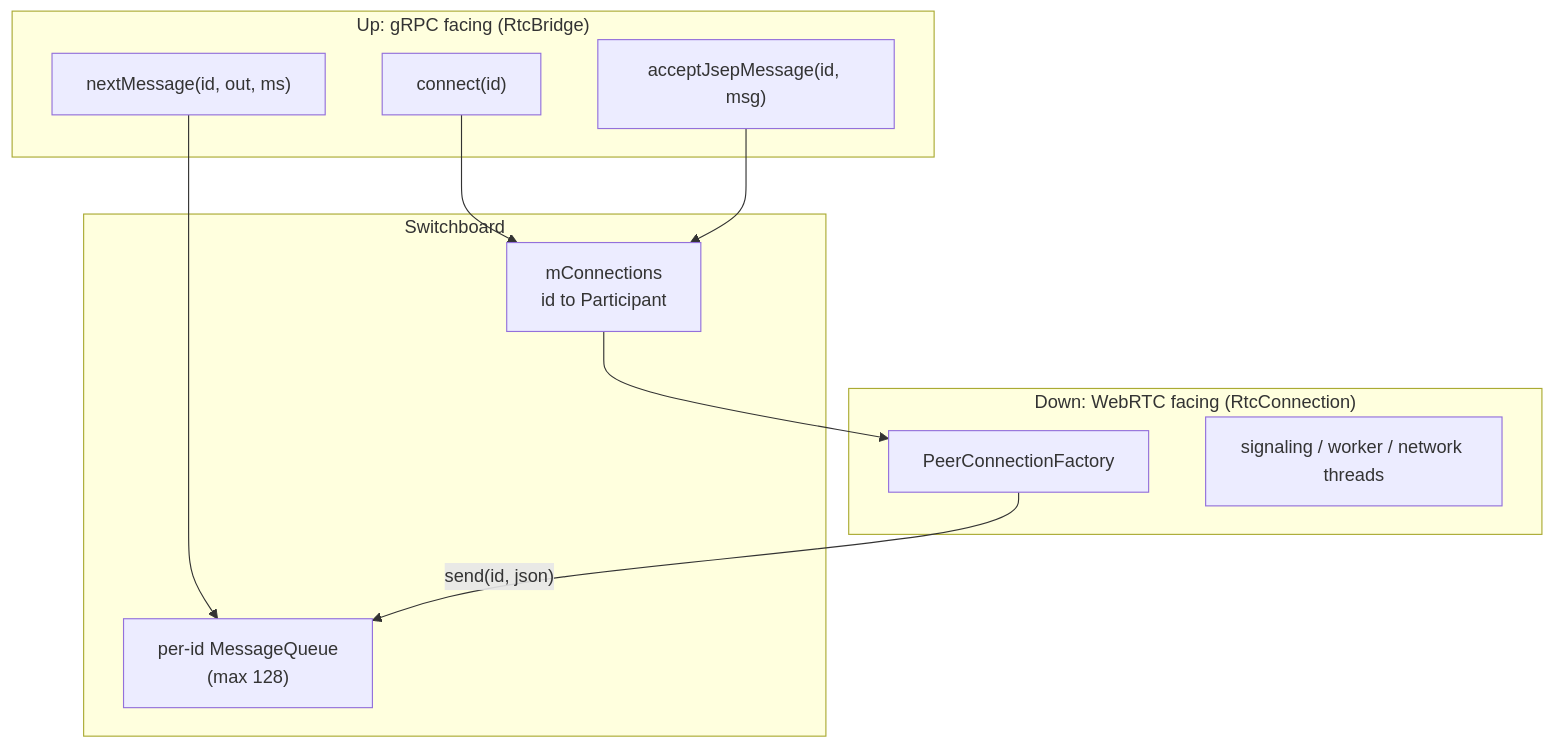
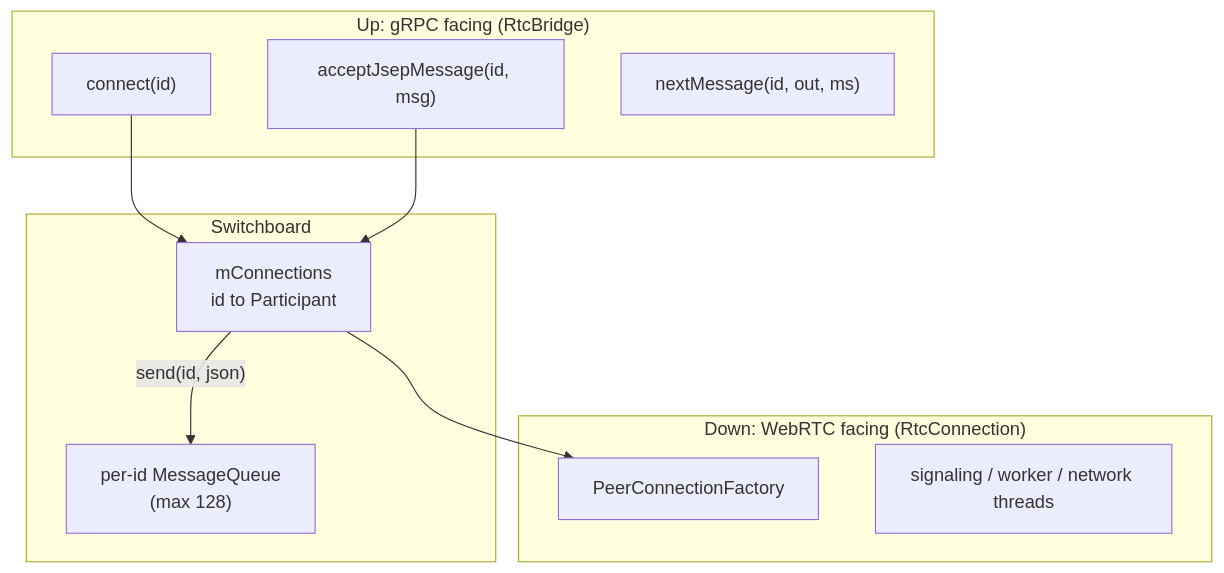
The third of 7 diagrams in 23-webrtc-streaming.md (aospbooks/android-emulator-internal-book), drawn with Mermaid before and after one commit. The commit also changed other lines of this file and 31 other files, not shown here.

````diff
--- a/23-webrtc-streaming.md
+++ b/23-webrtc-streaming.md
@@ -213,21 +213,20 @@
 ```mermaid
 flowchart TB
     subgraph UP["Up: gRPC facing (RtcBridge)"]
         CONN["connect(id)"]
         ACC["acceptJsepMessage(id, msg)"]
         NEXT["nextMessage(id, out, ms)"]
     end
     subgraph SB["Switchboard"]
         Q["per-id MessageQueue<br/>(max 128)"]
         MAP["mConnections<br/>id to Participant"]
     end
     subgraph DOWN["Down: WebRTC facing (RtcConnection)"]
         FACT["PeerConnectionFactory"]
         THR["signaling / worker / network threads"]
     end
     CONN --> MAP
     ACC --> MAP
     MAP --> FACT
-    NEXT --> Q
-    FACT -->|"send(id, json)"| Q
+    MAP -->|"send(id, json)"| Q
 ```
````
